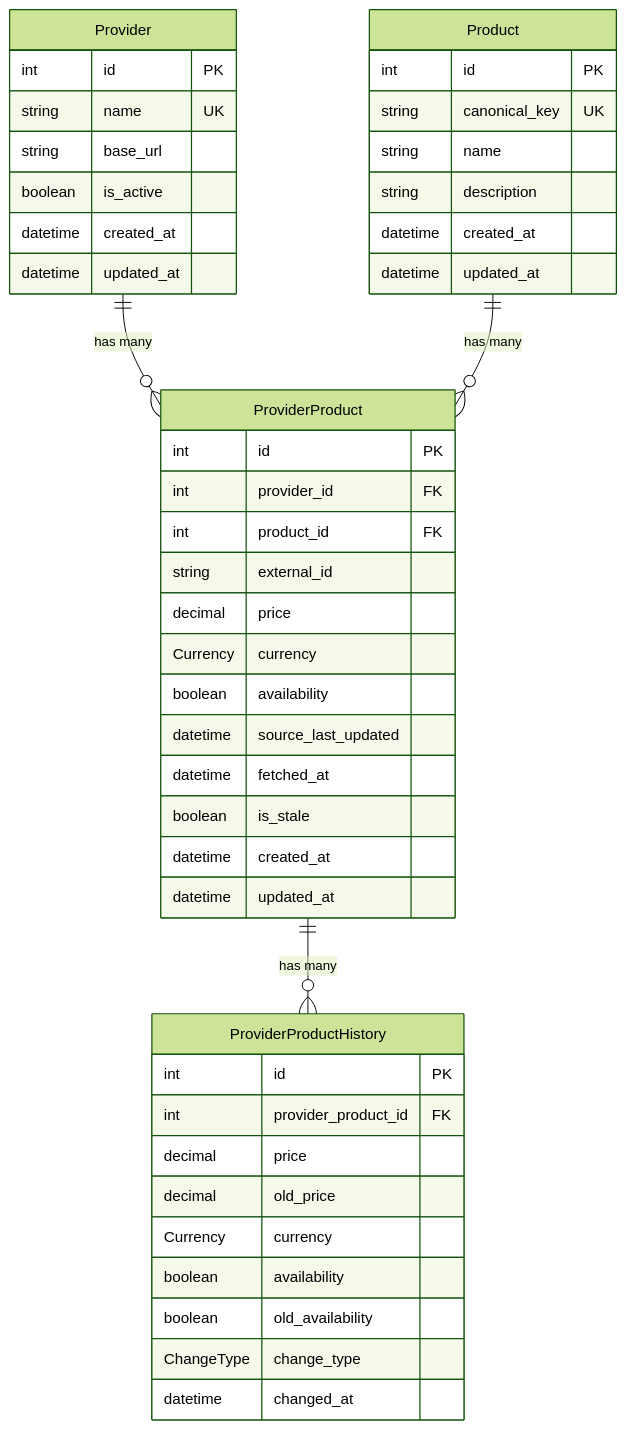
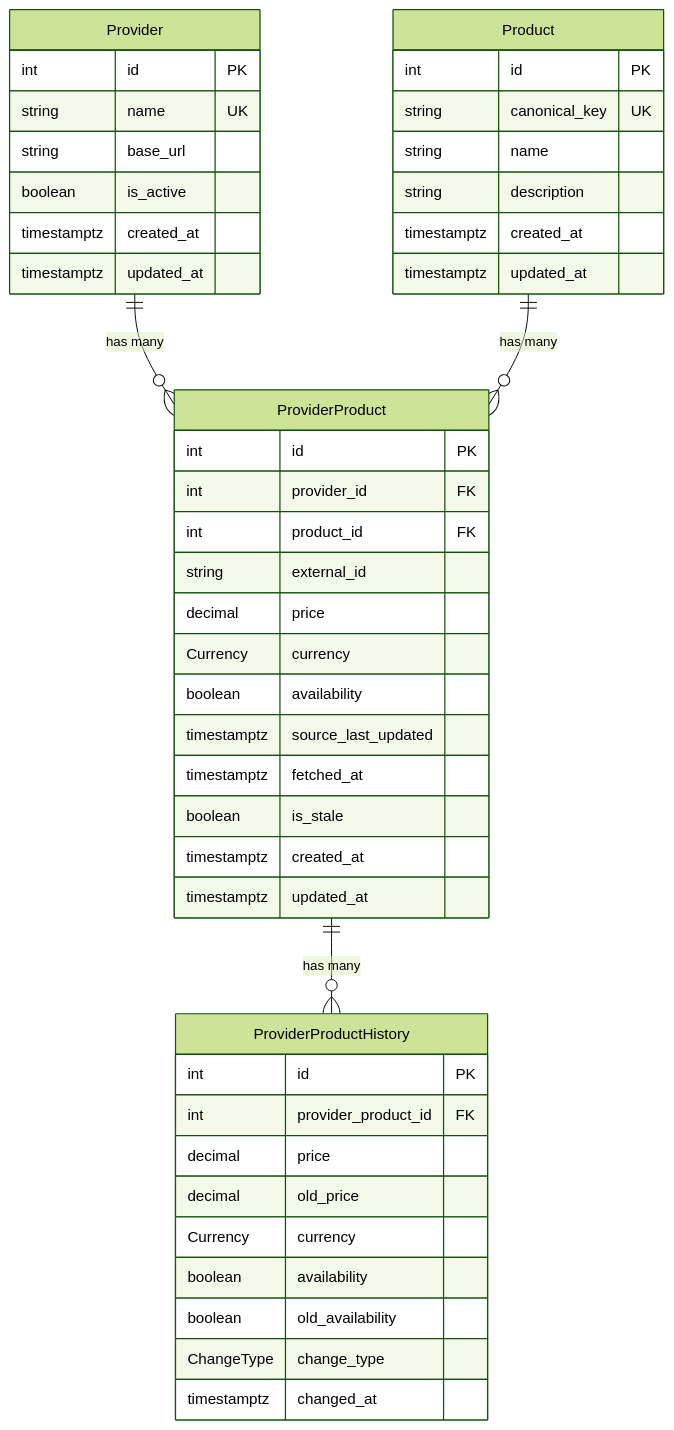
Before and after one commit to lwx-amr/product-price-aggregator: the diagram in README.md, drawn with Mermaid (forest theme). The commit also changed other lines of this file and 21 other files, not shown here.

````diff
--- a/README.md
+++ b/README.md
@@ -104,51 +259,51 @@
 ```mermaid
 erDiagram
     Provider {
         int id PK
         string name UK
         string base_url
         boolean is_active
-        datetime created_at
-        datetime updated_at
+        timestamptz created_at
+        timestamptz updated_at
     }
 
     Product {
         int id PK
         string canonical_key UK
         string name
         string description
-        datetime created_at
-        datetime updated_at
+        timestamptz created_at
+        timestamptz updated_at
     }
 
     ProviderProduct {
         int id PK
         int provider_id FK
         int product_id FK
         string external_id
         decimal price
         Currency currency
         boolean availability
-        datetime source_last_updated
-        datetime fetched_at
+        timestamptz source_last_updated
+        timestamptz fetched_at
         boolean is_stale
-        datetime created_at
-        datetime updated_at
+        timestamptz created_at
+        timestamptz updated_at
     }
 
     ProviderProductHistory {
         int id PK
         int provider_product_id FK
         decimal price
         decimal old_price
         Currency currency
         boolean availability
         boolean old_availability
         ChangeType change_type
-        datetime changed_at
+        timestamptz changed_at
     }
 
     Provider ||--o{ ProviderProduct : "has many"
     Product ||--o{ ProviderProduct : "has many"
     ProviderProduct ||--o{ ProviderProductHistory : "has many"
 ```
````
